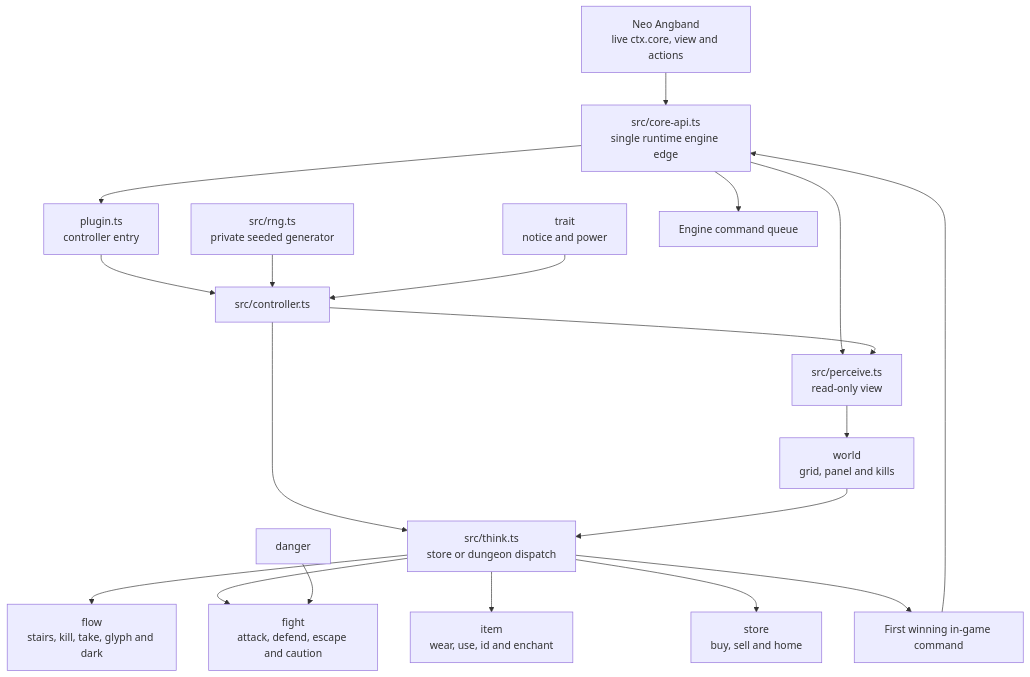
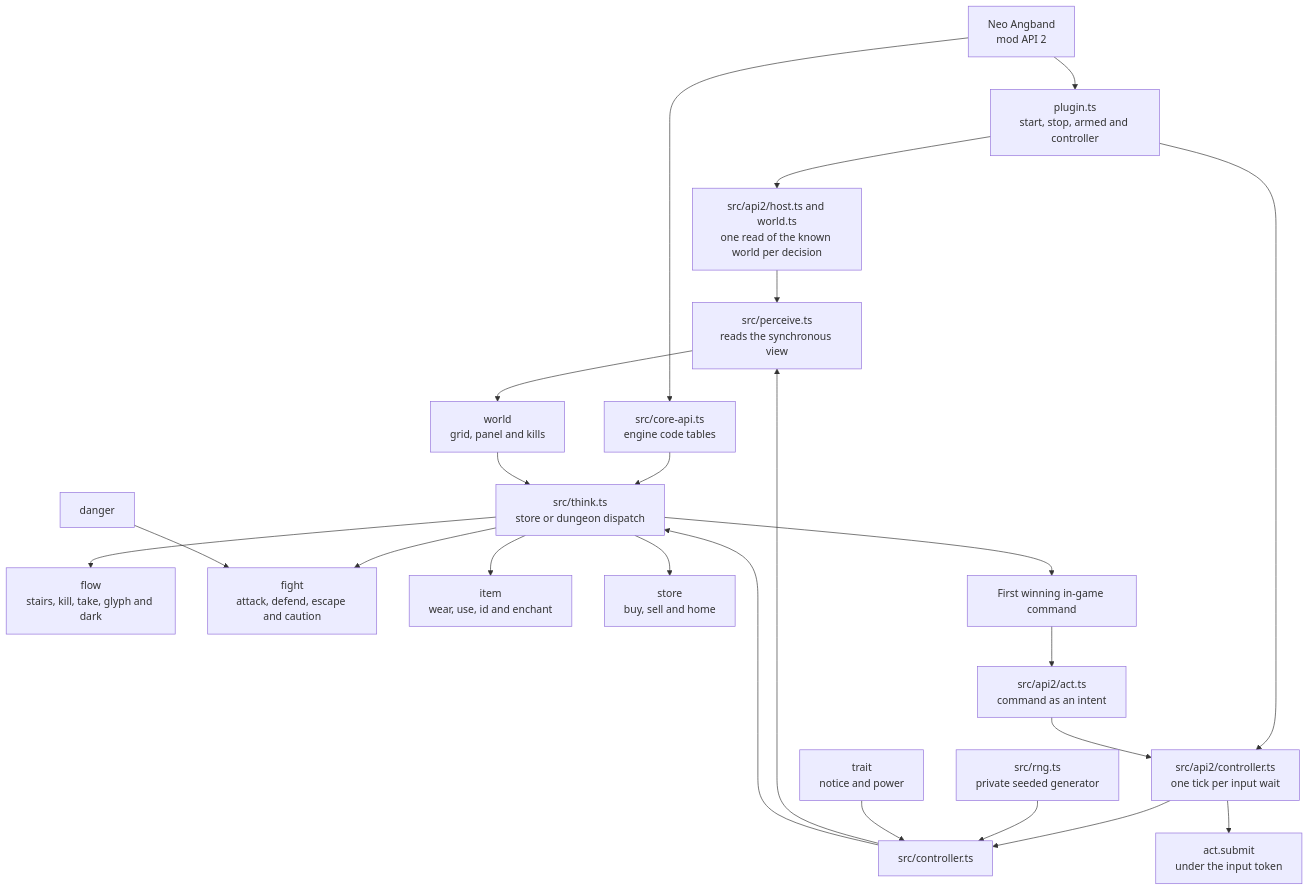
The fourth of 4 diagrams in README.md (neostryder/neo-angband-mod-borg), drawn with Mermaid before and after one commit. The commit also changed other lines of this file and 35 other files, not shown here.

First line of the commit message:
Run the Borg on mod API 2

````diff
--- a/README.md
+++ b/README.md
@@ -231,21 +230,25 @@
 ```mermaid
 flowchart TD
-  HOST["Neo Angband<br/>live ctx.core, view and actions"] --> EDGE["src/core-api.ts<br/>single runtime engine edge"]
-  EDGE --> PLUGIN["plugin.ts<br/>controller entry"]
-  PLUGIN --> CONT["src/controller.ts"]
-  EDGE --> VIEW["src/perceive.ts<br/>read-only view"]
+  HOST["Neo Angband<br/>mod API 2"] --> PLUGIN["plugin.ts<br/>start, stop, armed and controller"]
+  PLUGIN --> BRIDGE["src/api2/host.ts and world.ts<br/>one read of the known world per decision"]
+  PLUGIN --> TICK["src/api2/controller.ts<br/>one tick per input wait"]
+  HOST --> EDGE["src/core-api.ts<br/>engine code tables"]
+  TICK --> CONT["src/controller.ts"]
+  BRIDGE --> VIEW["src/perceive.ts<br/>reads the synchronous view"]
   CONT --> VIEW
+  EDGE --> THINK
   VIEW --> WORLD["world<br/>grid, panel and kills"]
   CONT --> THINK["src/think.ts<br/>store or dungeon dispatch"]
   RNG["src/rng.ts<br/>private seeded generator"] --> CONT
   WORLD --> THINK
   THINK --> FLOW["flow<br/>stairs, kill, take, glyph and dark"]
   THINK --> FIGHT["fight<br/>attack, defend, escape and caution"]
   THINK --> ITEM["item<br/>wear, use, id and enchant"]
   THINK --> STORE["store<br/>buy, sell and home"]
   DANGER["danger"] --> FIGHT
   TRAIT["trait<br/>notice and power"] --> CONT
   THINK --> CMD["First winning in-game command"]
-  CMD --> EDGE
-  EDGE --> QUEUE["Engine command queue"]
+  CMD --> ACT["src/api2/act.ts<br/>command as an intent"]
+  ACT --> TICK
+  TICK --> SUBMIT["act.submit<br/>under the input token"]
 ```
````
